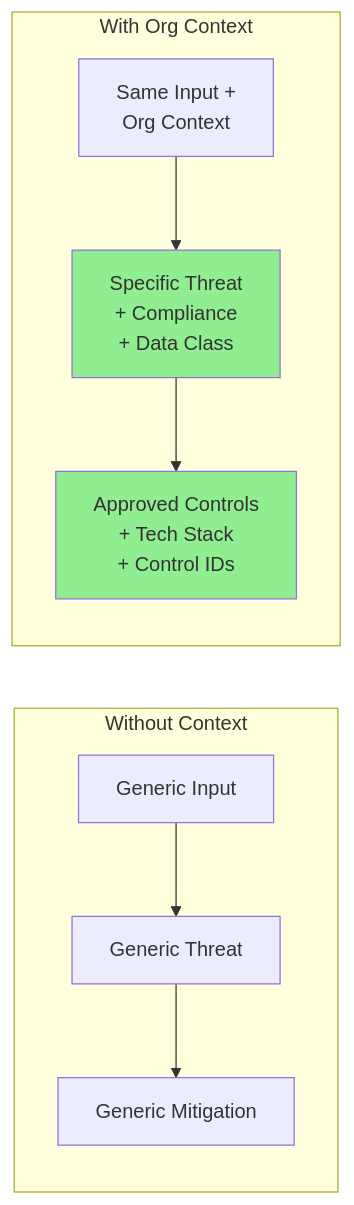
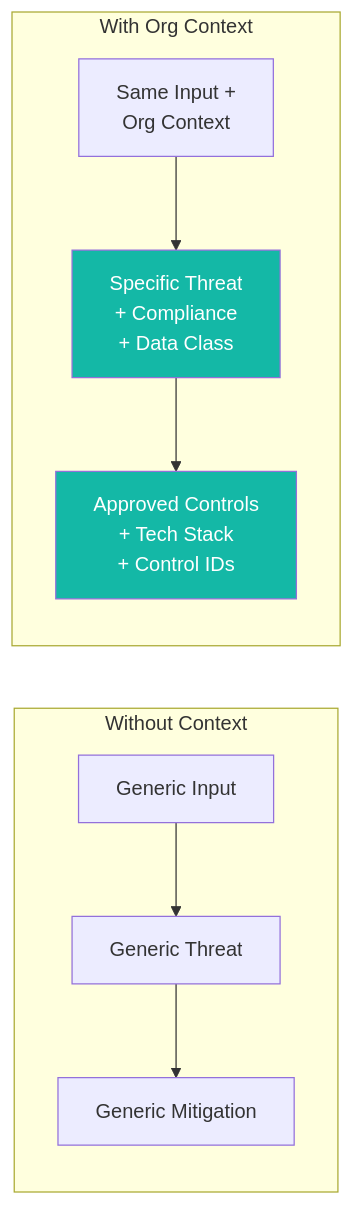
One commit to mrwadams/stride-gpt changed the fifth of 7 diagrams in docs/operationalization-guide.md. Above: the diagram before and after it, drawn with Mermaid. The commit also changed other lines of this file, not shown here.

````diff
--- a/docs/operationalization-guide.md
+++ b/docs/operationalization-guide.md
@@ -350,15 +233,15 @@
 ```mermaid
 graph LR
     subgraph "Without Context"
     A1[Generic Input] --> B1[Generic Threat]
     B1 --> C1[Generic Mitigation]
     end
 
     subgraph "With Org Context"
     A2[Same Input +<br/>Org Context] --> B2[Specific Threat<br/>+ Compliance<br/>+ Data Class]
     B2 --> C2[Approved Controls<br/>+ Tech Stack<br/>+ Control IDs]
     end
 
-    style B2 fill:#90EE90
-    style C2 fill:#90EE90
+    style B2 fill:#14B8A6,color:#fff
+    style C2 fill:#14B8A6,color:#fff
 ```
````
